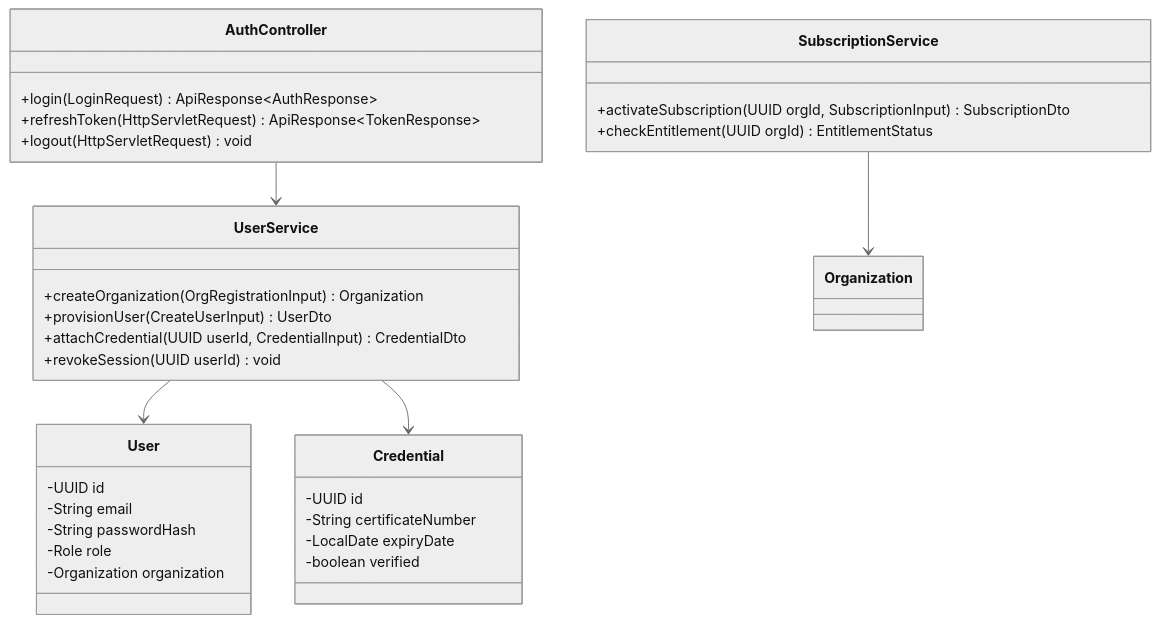
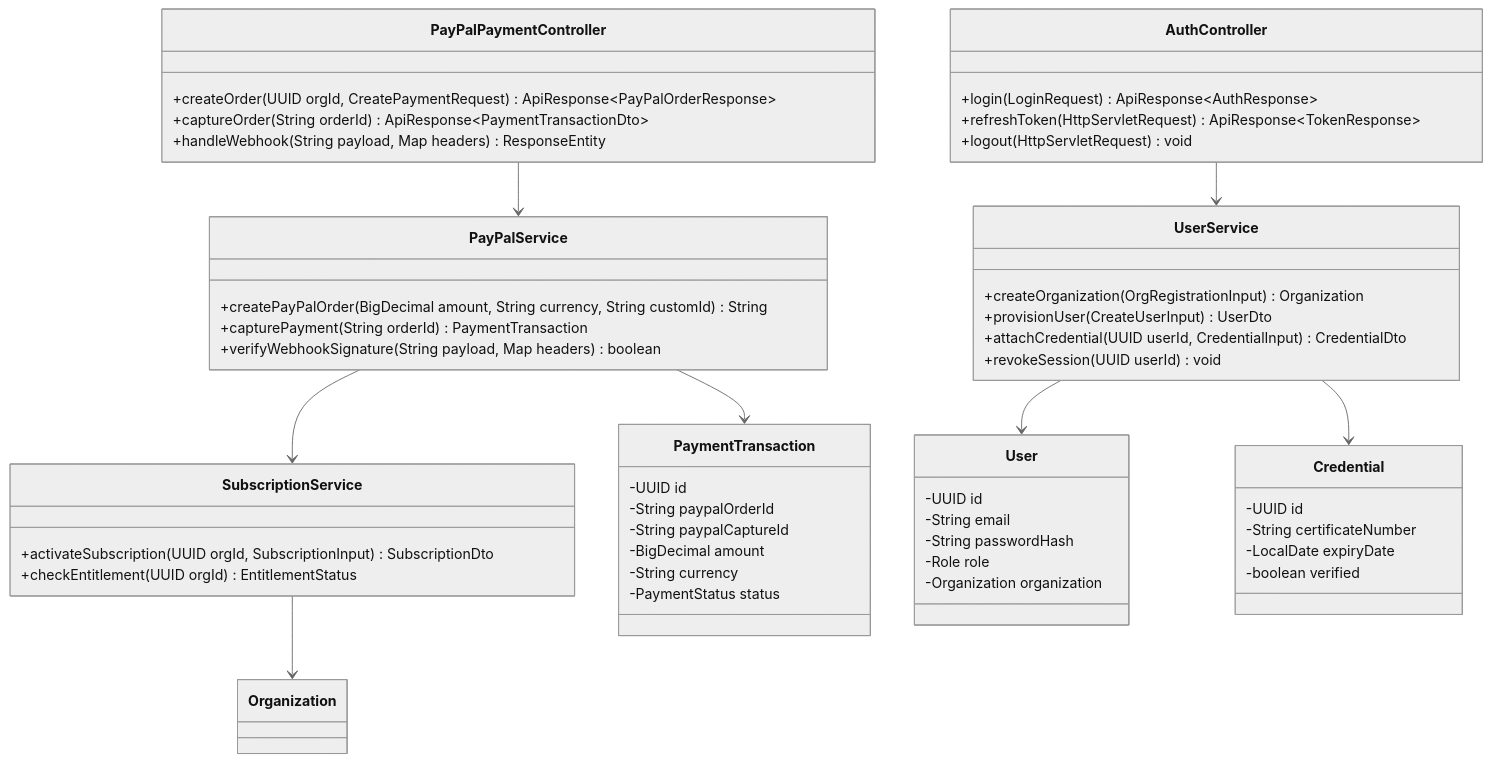
Before and after one commit to tungbach12/SmartDroneInspection-Docs: the first of 18 diagrams in reports/report-4-software-design-document/03-detailed-design.md, drawn with Mermaid (neutral theme). The commit also changed other lines of this file and 8 other files, not shown here.

Commit message:
feat(docs): integrate PayPal online subscription payment into Report 3 and Report 4

````diff
--- a/reports/report-4-software-design-document/03-detailed-design.md
+++ b/reports/report-4-software-design-document/03-detailed-design.md
@@ -14,36 +14,57 @@
 ```mermaid
 %% title: Identity and Workforce Management Class Diagram
 classDiagram
   class AuthController {
     +login(LoginRequest) ApiResponse~AuthResponse~
     +refreshToken(HttpServletRequest) ApiResponse~TokenResponse~
     +logout(HttpServletRequest) void
   }
   class UserService {
     +createOrganization(OrgRegistrationInput) Organization
     +provisionUser(CreateUserInput) UserDto
     +attachCredential(UUID userId, CredentialInput) CredentialDto
     +revokeSession(UUID userId) void
   }
   class SubscriptionService {
     +activateSubscription(UUID orgId, SubscriptionInput) SubscriptionDto
     +checkEntitlement(UUID orgId) EntitlementStatus
   }
+  class PayPalPaymentController {
+    +createOrder(UUID orgId, CreatePaymentRequest) ApiResponse~PayPalOrderResponse~
+    +captureOrder(String orderId) ApiResponse~PaymentTransactionDto~
+    +handleWebhook(String payload, Map headers) ResponseEntity
+  }
+  class PayPalService {
+    +createPayPalOrder(BigDecimal amount, String currency, String customId) String
+    +capturePayment(String orderId) PaymentTransaction
+    +verifyWebhookSignature(String payload, Map headers) boolean
+  }
+  class PaymentTransaction {
+    -UUID id
+    -String paypalOrderId
+    -String paypalCaptureId
+    -BigDecimal amount
+    -String currency
+    -PaymentStatus status
+  }
   class User {
     -UUID id
     -String email
     -String passwordHash
     -Role role
     -Organization organization
   }
   class Credential {
     -UUID id
     -String certificateNumber
     -LocalDate expiryDate
     -boolean verified
   }
   AuthController --> UserService
   UserService --> User
   UserService --> Credential
+  PayPalPaymentController --> PayPalService
+  PayPalService --> SubscriptionService
+  PayPalService --> PaymentTransaction
   SubscriptionService --> Organization
 ```
````
